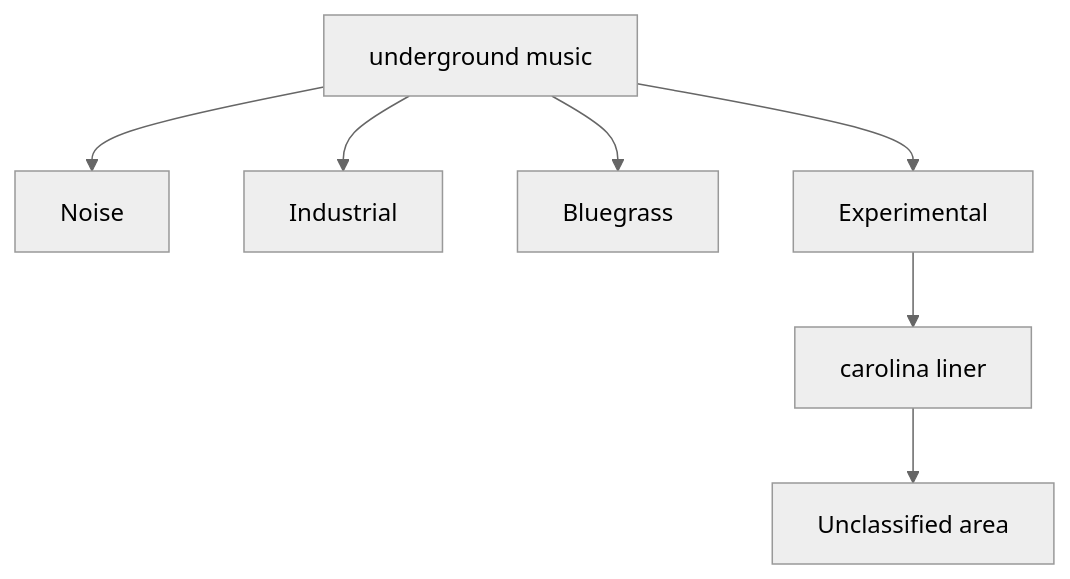
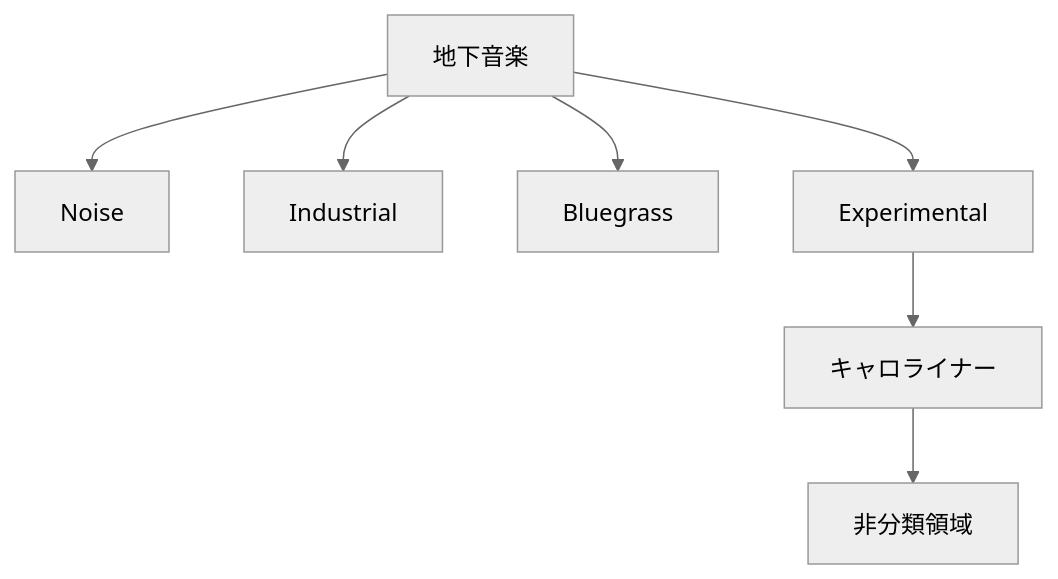
The fourth of 4 diagrams in en/_posts/2026-04-18-column-caroliner.md (monumental-movement/monumental-movement.github.io), drawn with Mermaid (neutral theme) before and after one commit. The commit also changed other lines of this file and 2196 other files, not shown here.

```diff
--- a/en/_posts/2026-04-18-column-caroliner.md
+++ b/en/_posts/2026-04-18-column-caroliner.md
@@ -193,9 +192,9 @@
 <div class="mermaid">
 flowchart TD
-A[underground music] --> B[Noise]
+A[地下音楽] --> B[Noise]
 A --> C[Industrial]
 A --> D[Bluegrass]
 A --> E[Experimental]
-E --> F[carolina liner]
-F --> G[Unclassified area]
+E --> F[キャロライナー]
+F --> G[非分類領域]
 </div>
```
